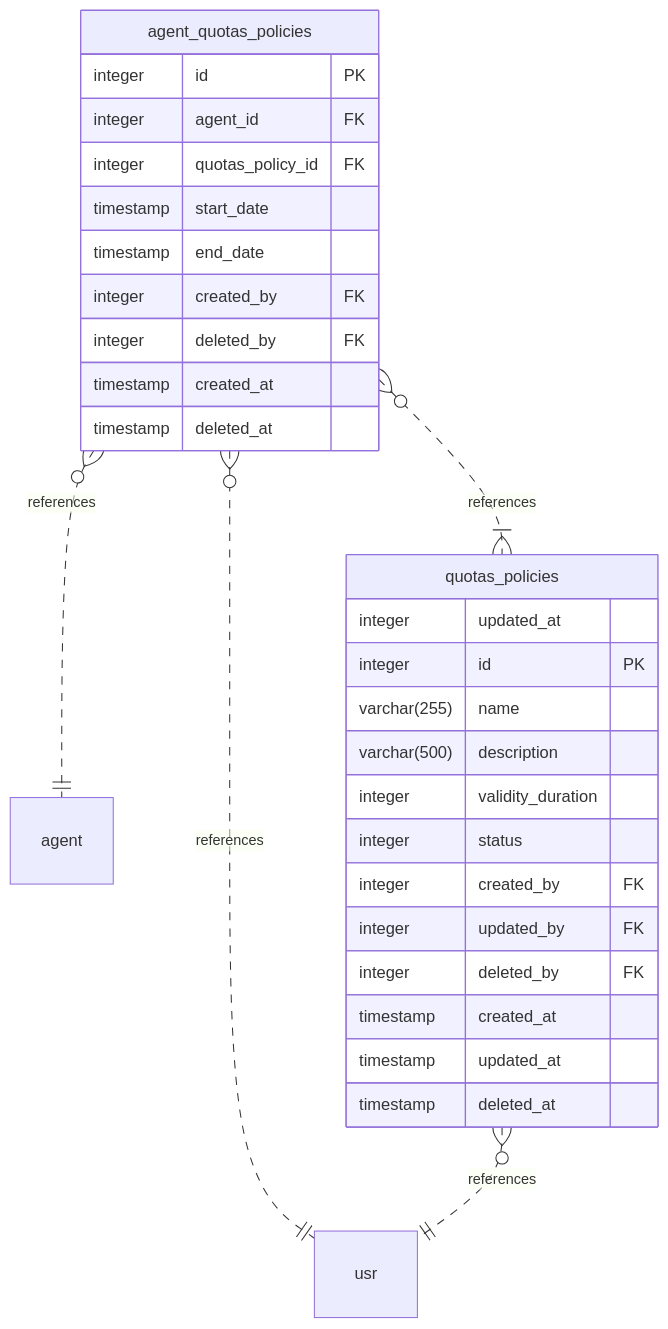
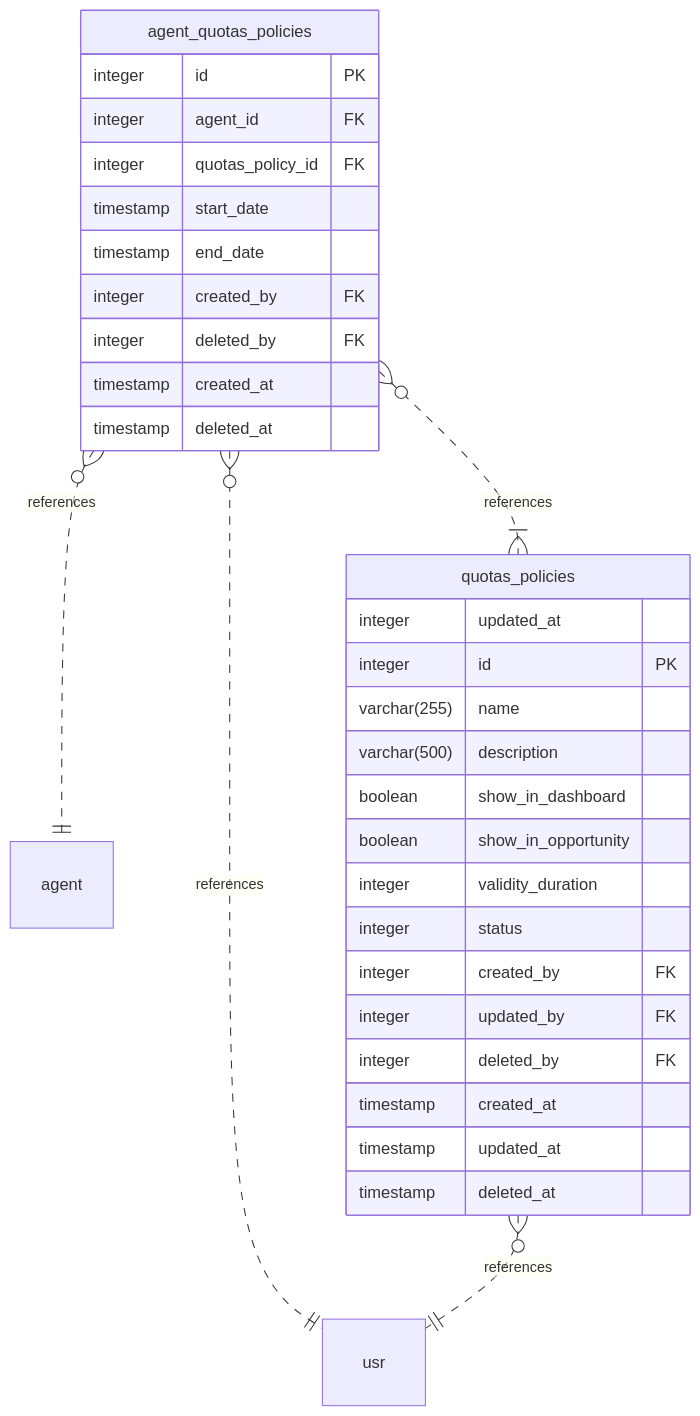
Before and after one commit to ronnyjohnti/quota-service: the diagram in README.md, drawn with Mermaid. The commit also changed other lines of this file, not shown here.

````diff
--- a/README.md
+++ b/README.md
@@ -23,34 +51,36 @@
 ```mermaid
 erDiagram
   aqp }o..|| agent : references
   aqp }o..|| usr   : references
   aqp }o..|{ qp    : references
   qp  }o..|| usr   : references
 
   qp[quotas_policies]{
     integer           updated_at
     integer           id                 PK
     varchar(255)      name
     varchar(500)      description
+    boolean           show_in_dashboard
+    boolean           show_in_opportunity
     integer           validity_duration
     integer           status
     integer           created_by         FK
     integer           updated_by         FK
     integer           deleted_by         FK
     timestamp         created_at
     timestamp         updated_at
     timestamp         deleted_at
   }
 
   aqp[agent_quotas_policies]{
     integer           id                 PK
     integer           agent_id           FK
     integer           quotas_policy_id   FK
     timestamp         start_date
     timestamp         end_date
     integer           created_by         FK
     integer           deleted_by         FK
     timestamp         created_at
     timestamp         deleted_at
   }
 ```
````
